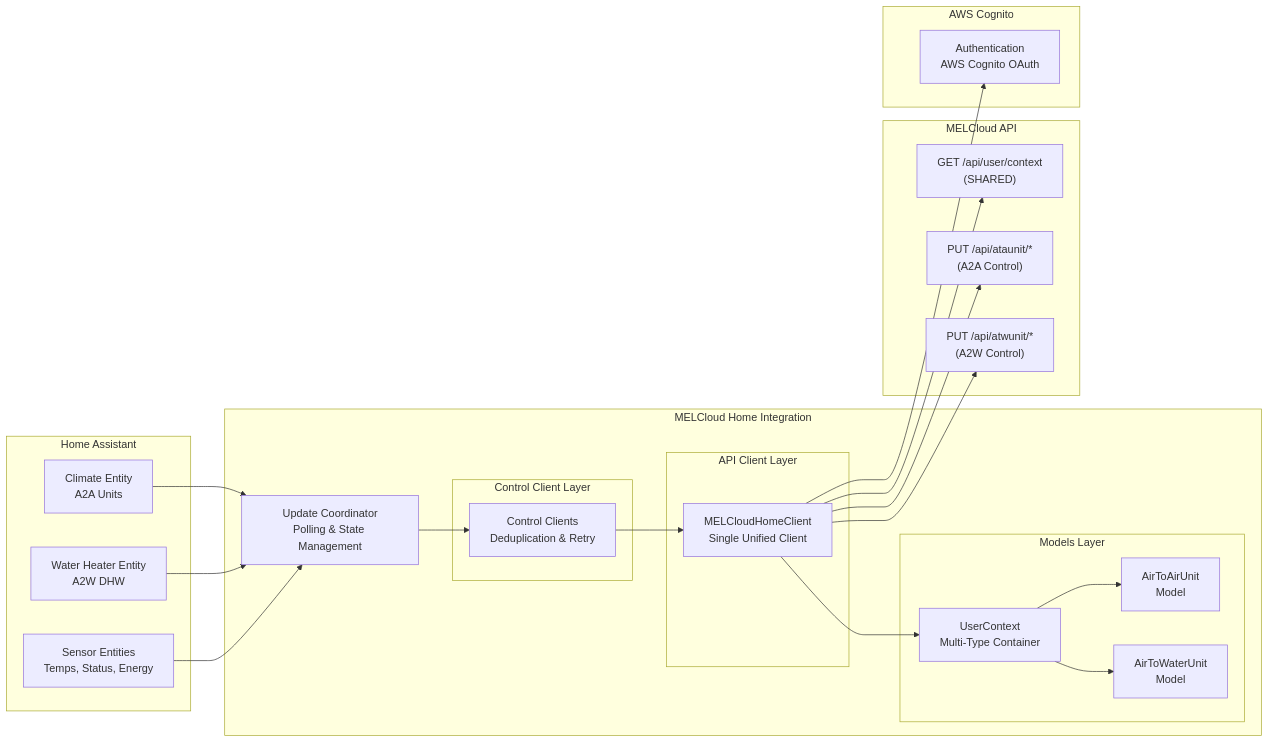
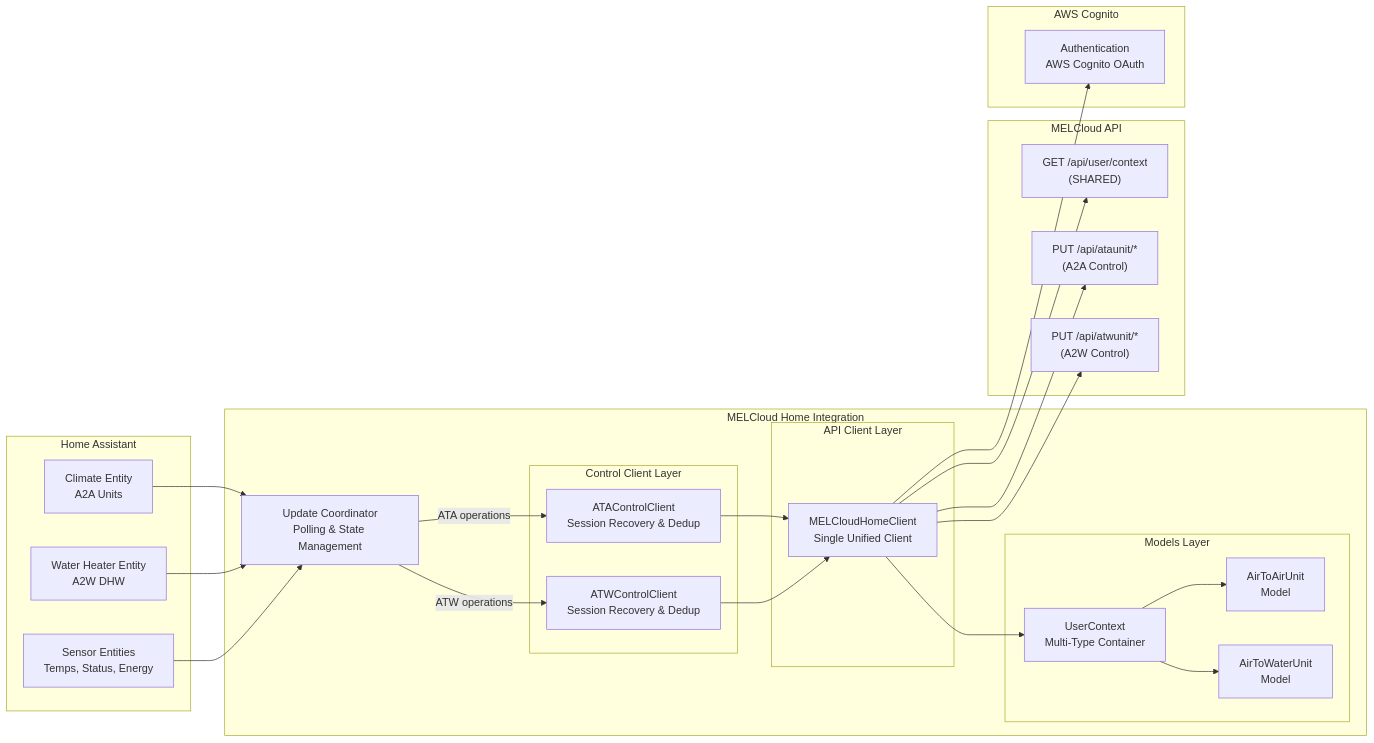
One commit to andrew-blake/melcloudhome changed the first of 5 diagrams in docs/architecture.md. Above: the diagram before and after it, drawn with Mermaid. The commit also changed other lines of this file and 1 other file, not shown here.

Commit message:
docs: Fix documentation inconsistencies after refactor
Remove outdated API client examples and improve architecture clarity.

Changes:
- device-type-comparison.md: Remove code examples with pre-refactor API calls
  (client.set_temperature → client.ata.set_temperature after facade refactor)
- architecture.md: Split control client layer into ATA/ATW components for clarity
- architecture.md: Fix facade naming (ATAControlClient Facade → ATAClient Facade)

These changes ensure documentation accurately reflects v2.0.0 post-refactor
architecture with facade pattern (ADR-011) and control client layer.

````diff
--- a/docs/architecture.md
+++ b/docs/architecture.md
@@ -26,50 +26,53 @@
 ```mermaid
 graph LR
     subgraph "Home Assistant"
         Climate[Climate Entity<br/>A2A Units]
         WaterHeater[Water Heater Entity<br/>A2W DHW]
         Sensors[Sensor Entities<br/>Temps, Status, Energy]
     end
 
     subgraph "MELCloud Home Integration"
         Coordinator[Update Coordinator<br/>Polling & State Management]
 
         subgraph "Control Client Layer"
-            ControlClient[Control Clients<br/>Deduplication & Retry]
+            ControlATA[ATAControlClient<br/>Session Recovery & Dedup]
+            ControlATW[ATWControlClient<br/>Session Recovery & Dedup]
         end
 
         subgraph "Models Layer"
             A2AModel[AirToAirUnit<br/>Model]
             A2WModel[AirToWaterUnit<br/>Model]
             Context[UserContext<br/>Multi-Type Container]
         end
         subgraph "API Client Layer"
             Client[MELCloudHomeClient<br/>Single Unified Client]
         end
 
     end
     subgraph "MELCloud API"
         UserContextAPI["GET /api/user/context<br/>(SHARED)"]
         A2AAPI["PUT /api/ataunit/*<br/>(A2A Control)"]
         A2WAPI["PUT /api/atwunit/*<br/>(A2W Control)"]
     end
     subgraph "AWS Cognito"
         Auth[Authentication<br/>AWS Cognito OAuth]
     end
 
     Climate --> Coordinator
     WaterHeater --> Coordinator
     Sensors --> Coordinator
 
-    Coordinator --> ControlClient
-    ControlClient --> Client
+    Coordinator -->|ATA operations| ControlATA
+    Coordinator -->|ATW operations| ControlATW
+    ControlATA --> Client
+    ControlATW --> Client
     Client --> Auth
     Client --> Context
 
     Context --> A2AModel
     Context --> A2WModel
 
     Client --> UserContextAPI
     Client --> A2AAPI
     Client --> A2WAPI
 ```
````
